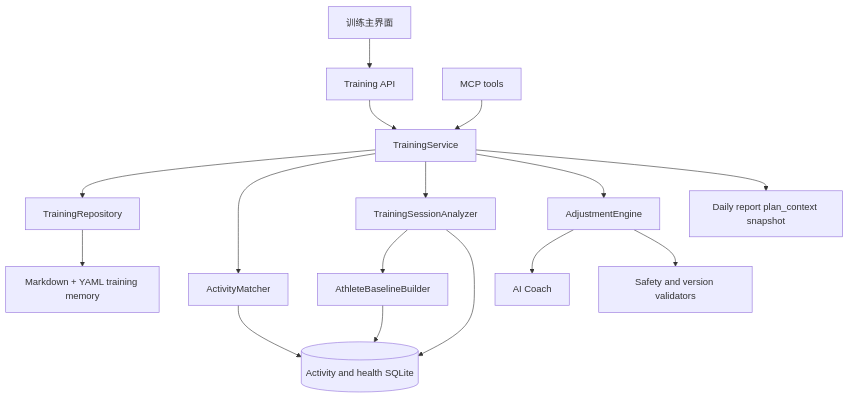
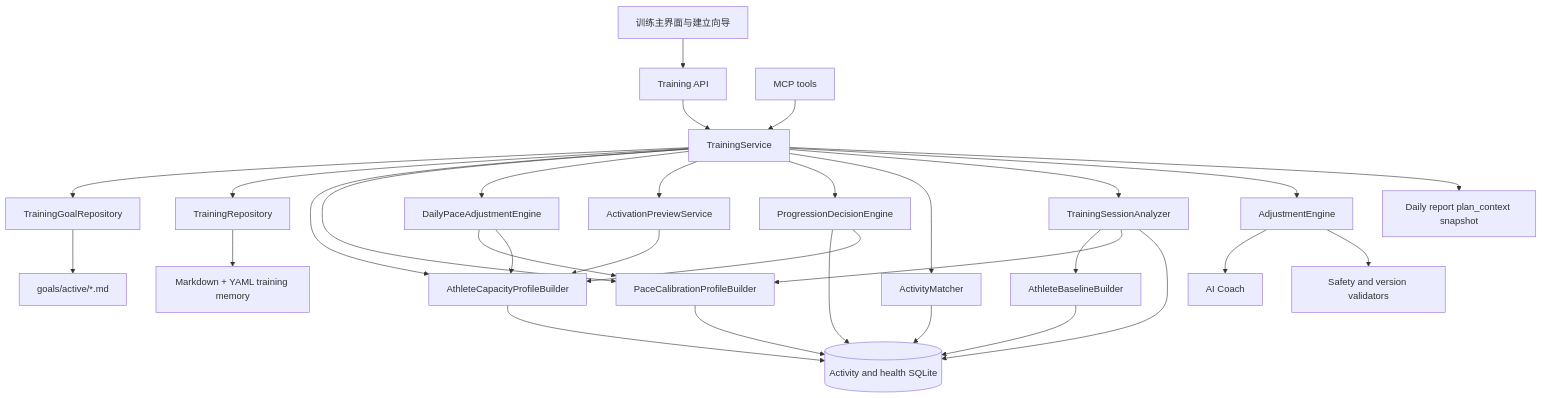
One commit to qd1993102/rundown changed the diagram in docs/design/training-system.md. Above: the diagram before and after it, drawn with Mermaid. The commit also changed other lines of this file and 179 other files, not shown here.

````diff
--- a/docs/design/training-system.md
+++ b/docs/design/training-system.md
@@ -24,18 +32,33 @@
 ```mermaid
 graph TD
-    WEB["训练主界面"] --> API["Training API"]
+    WEB["训练主界面与建立向导"] --> API["Training API"]
     MCP["MCP tools"] --> SERVICE["TrainingService"]
     API --> SERVICE
+    SERVICE --> GOALS["TrainingGoalRepository"]
     SERVICE --> REPO["TrainingRepository"]
+    SERVICE --> CAPACITY["AthleteCapacityProfileBuilder"]
+    SERVICE --> PACE_PROFILE["PaceCalibrationProfileBuilder"]
+    SERVICE --> PACE_ADJUSTER["DailyPaceAdjustmentEngine"]
+    SERVICE --> ACTIVATION["ActivationPreviewService"]
+    SERVICE --> PROGRESSOR["ProgressionDecisionEngine"]
     SERVICE --> MATCHER["ActivityMatcher"]
     SERVICE --> ANALYZER["TrainingSessionAnalyzer"]
     ANALYZER --> BASELINE["AthleteBaselineBuilder"]
     SERVICE --> ADJUSTER["AdjustmentEngine"]
     ADJUSTER --> AI["AI Coach"]
     ADJUSTER --> VALIDATOR["Safety and version validators"]
     MATCHER --> SQLITE[("Activity and health SQLite")]
+    CAPACITY --> SQLITE
+    PACE_PROFILE --> SQLITE
+    ANALYZER --> PACE_PROFILE
+    PACE_ADJUSTER --> PACE_PROFILE
+    PACE_ADJUSTER --> CAPACITY
+    PROGRESSOR --> SQLITE
+    ACTIVATION --> CAPACITY
+    PROGRESSOR --> CAPACITY
     BASELINE --> SQLITE
     ANALYZER --> SQLITE
     REPO --> MEMORY["Markdown + YAML training memory"]
+    GOALS --> GOAL_MEMORY["goals/active/*.md"]
     SERVICE --> SNAPSHOT["Daily report plan_context snapshot"]
 ```
````
